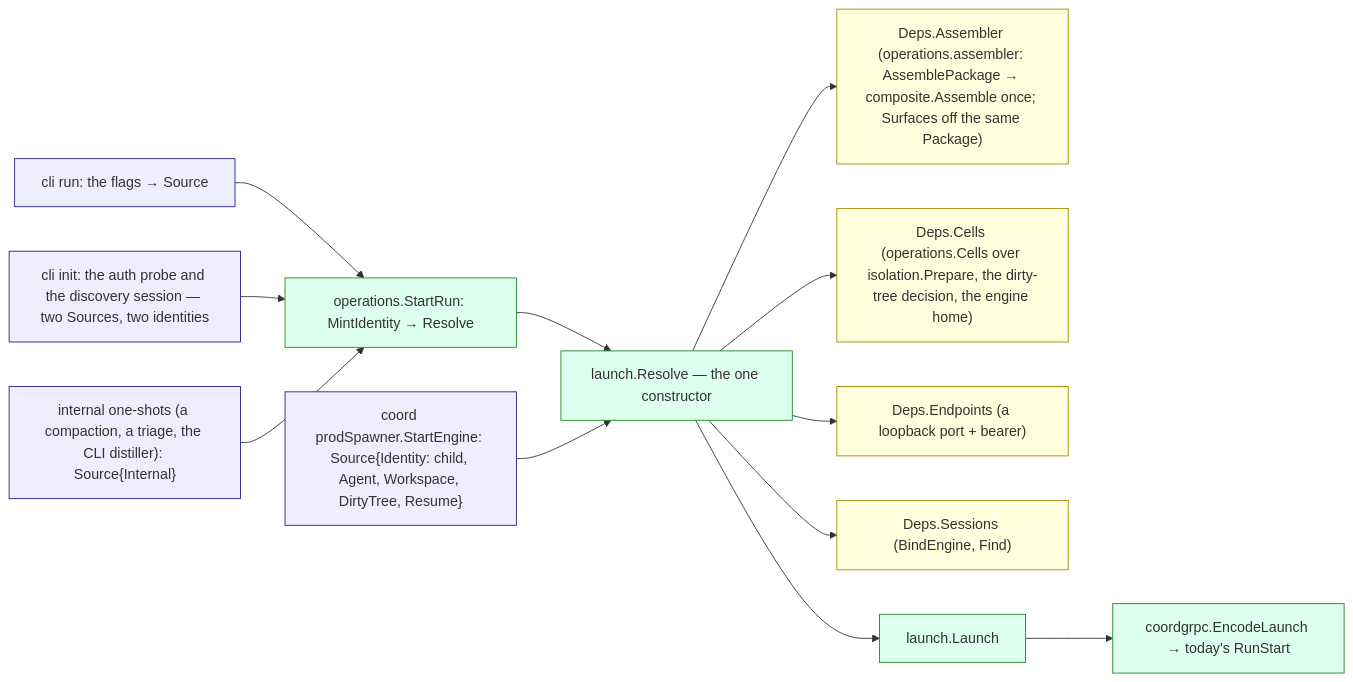
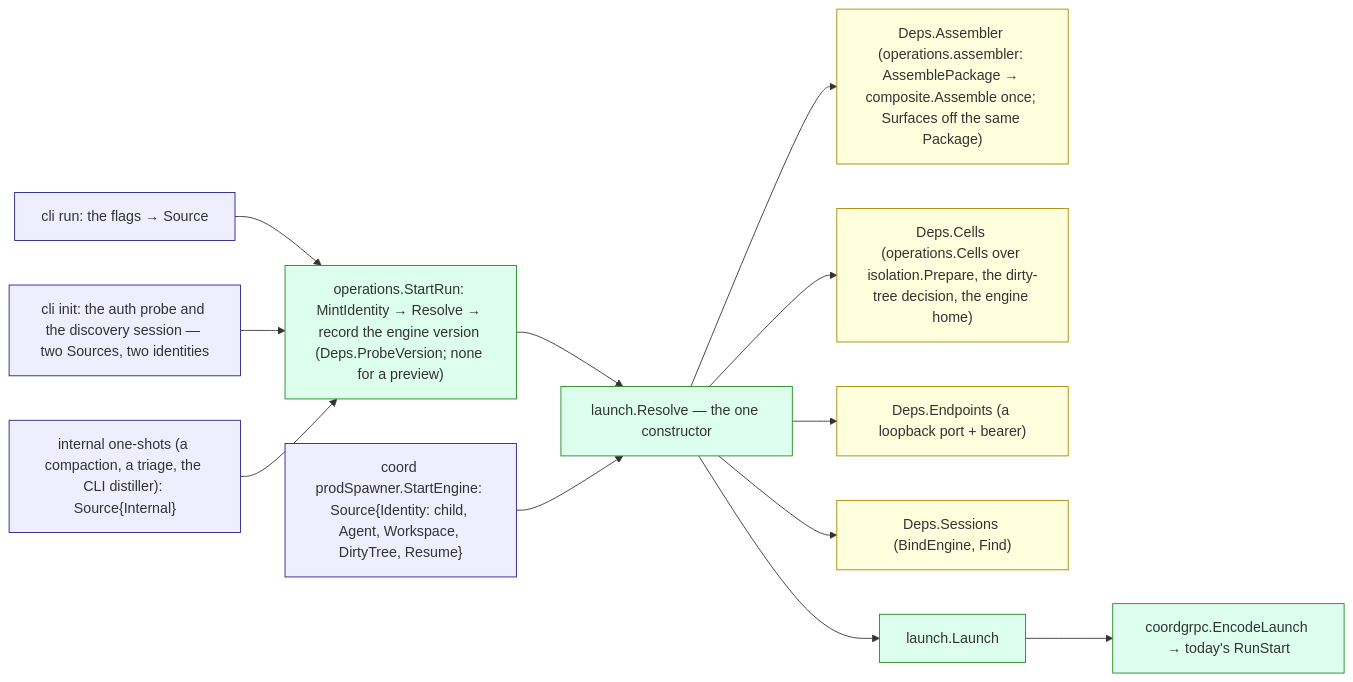
Before and after one commit to ctxloom/ctxloom: the diagram in docs/architecture/core/launch.md, drawn with Mermaid. The commit also changed 2 other files, not shown here.

Commit message:
docaudit: diagrams draw the runner's findings coming back on StartRun and StartRun recording the engine version
transport.md and the engines README's launch path gain the
StartRunResult.findings return edge; launch.md's StartRun node records the
engine version through Deps.ProbeVersion. The engines README's per-engine
table has an opencode row.

````diff
--- a/docs/architecture/core/launch.md
+++ b/docs/architecture/core/launch.md
@@ -20,22 +20,22 @@
 ```mermaid
 flowchart LR
   classDef src fill:#eef,stroke:#228
   classDef core fill:#dfe,stroke:#282
   classDef port fill:#ffd,stroke:#a80
   RUN["cli run: the flags → Source"]:::src
   INIT["cli init: the auth probe and the discovery session — two Sources, two identities"]:::src
   ONE["internal one-shots (a compaction, a triage, the CLI distiller): Source{Internal}"]:::src
   SPAWN["coord prodSpawner.StartEngine: Source{Identity: child, Agent, Workspace, DirtyTree, Resume}"]:::src
-  START["operations.StartRun: MintIdentity → Resolve"]:::core
+  START["operations.StartRun: MintIdentity → Resolve → record the engine version (Deps.ProbeVersion; none for a preview)"]:::core
   RES["launch.Resolve — the one constructor"]:::core
   ASM["Deps.Assembler (operations.assembler: AssemblePackage → composite.Assemble once; Surfaces off the same Package)"]:::port
   CELLS["Deps.Cells (operations.Cells over isolation.Prepare, the dirty-tree decision, the engine home)"]:::port
   EPM["Deps.Endpoints (a loopback port + bearer)"]:::port
   STORE["Deps.Sessions (BindEngine, Find)"]:::port
   L["launch.Launch"]:::core
   ENC["coordgrpc.EncodeLaunch → today's RunStart"]:::core
   RUN & INIT & ONE --> START --> RES
   SPAWN --> RES
   RES --> ASM & CELLS & EPM & STORE
   RES --> L --> ENC
 ```
````
